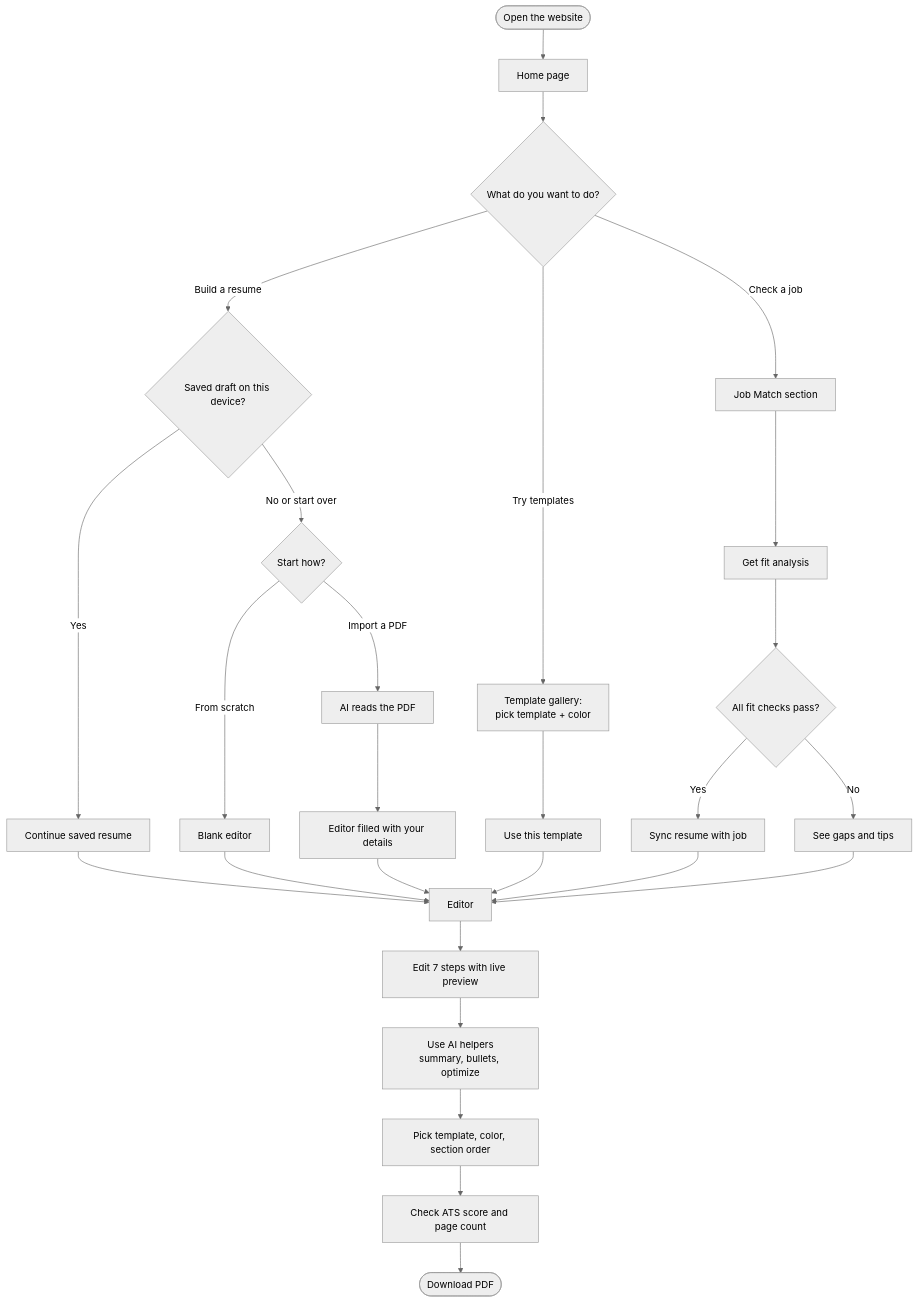
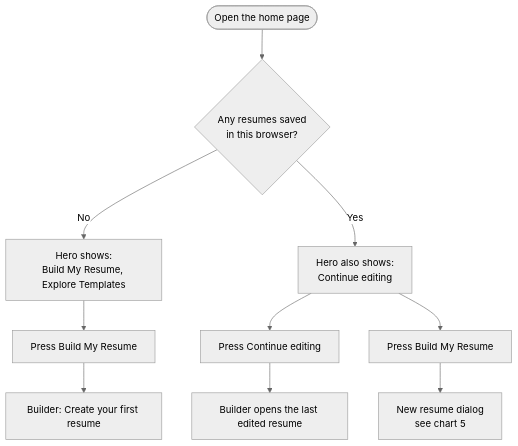
One commit to silent-coder-dev/ai-resume-builder changed the third of 30 diagrams in doc/04-FLOWCHARTS.md. Above: the diagram before and after it, drawn with Mermaid (neutral theme). The commit also changed other lines of this file and 122 other files, not shown here.

````diff
--- a/doc/04-FLOWCHARTS.md
+++ b/doc/04-FLOWCHARTS.md
@@ -81,33 +128,12 @@
 ```mermaid
 flowchart TD
-    A(["Open the website"]) --> B["Home page"]
-    B --> C{"What do you want to do?"}
-
-    C -->|Build a resume| D{"Saved draft on this device?"}
-    D -->|Yes| E["Continue saved resume"]
-    D -->|No or start over| F{"Start how?"}
-    F -->|From scratch| G["Blank editor"]
-    F -->|Import a PDF| H["AI reads the PDF"]
-    H --> I["Editor filled with your details"]
-    E --> J["Editor"]
-    G --> J
-    I --> J
-
-    C -->|Try templates| TG["Template gallery:<br/>pick template + color"]
-    TG --> TU["Use this template"]
-    TU --> J
-
-    C -->|Check a job| K["Job Match section"]
-    K --> L["Get fit analysis"]
-    L --> M{"All fit checks pass?"}
-    M -->|Yes| N["Sync resume with job"]
-    N --> J
-    M -->|No| O["See gaps and tips"]
-    O --> J
-
-    J --> P["Edit 7 steps with live preview"]
-    P --> Q["Use AI helpers<br/>summary, bullets, optimize"]
-    Q --> R["Pick template, color, section order"]
-    R --> S["Check ATS score and page count"]
-    S --> T(["Download PDF"])
+    A(["Open the home page"]) --> B{"Any resumes saved<br/>in this browser?"}
+    B -->|No| C["Hero shows:<br/>Build My Resume, Explore Templates"]
+    B -->|Yes| D["Hero also shows:<br/>Continue editing"]
+    C --> E["Press Build My Resume"]
+    E --> F["Builder: Create your first resume"]
+    D --> G["Press Continue editing"]
+    G --> H["Builder opens the last edited resume"]
+    D --> I["Press Build My Resume"]
+    I --> J["New resume dialog<br/>see chart 5"]
 ```
````
